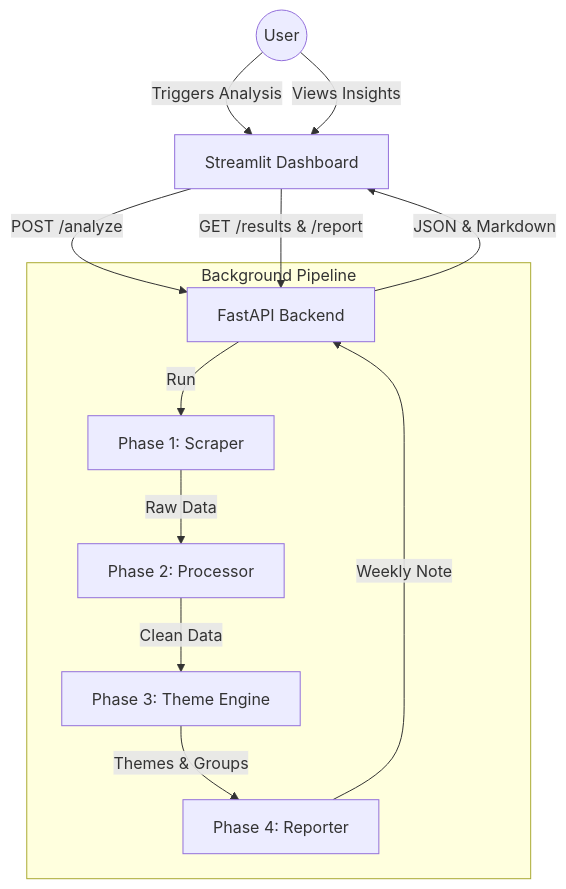
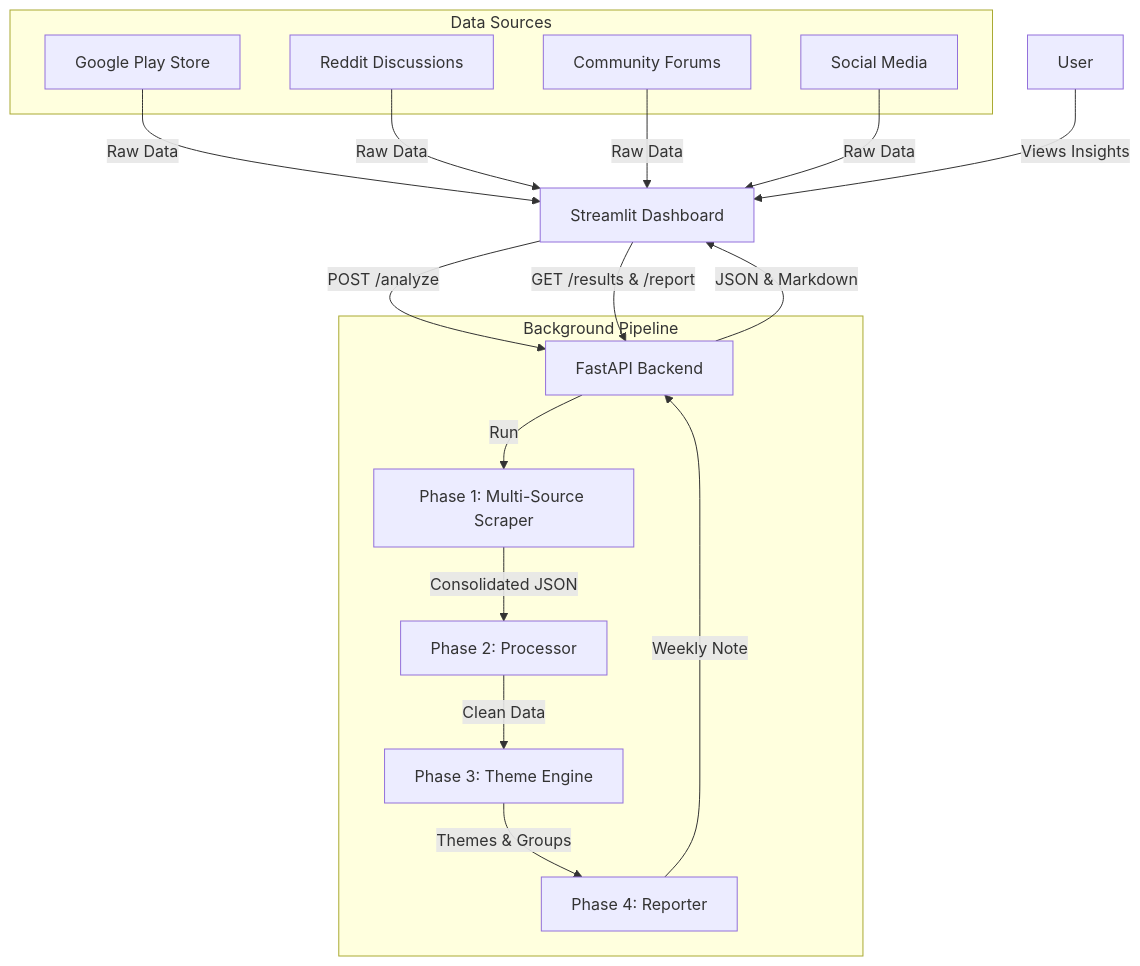
The diagram in architecture.md (vaishnavipasumarthi-spec/Spotify_ReviewAnalyser-), drawn with Mermaid before and after one commit. The commit also changed other lines of this file and 1 other file, not shown here.

Commit message:
Docs: Expanded architecture to include Reddit, Community Forums, and Social Media sources

````diff
--- a/architecture.md
+++ b/architecture.md
@@ -7,18 +7,25 @@
 ```mermaid
 graph TD
-    User((User)) -->|Triggers Analysis| UI[Streamlit Dashboard]
+    subgraph "Data Sources"
+        S1[Google Play Store]
+        S2[Reddit Discussions]
+        S3[Community Forums]
+        S4[Social Media]
+    end
+
+    S1 & S2 & S3 & S4 -->|Raw Data| UI[Streamlit Dashboard]
     UI -->|POST /analyze| API[FastAPI Backend]
     
     subgraph "Background Pipeline"
-        API -->|Run| P1[Phase 1: Scraper]
-        P1 -->|Raw Data| P2[Phase 2: Processor]
+        API -->|Run| P1[Phase 1: Multi-Source Scraper]
+        P1 -->|Consolidated JSON| P2[Phase 2: Processor]
         P2 -->|Clean Data| P3[Phase 3: Theme Engine]
         P3 -->|Themes & Groups| P4[Phase 4: Reporter]
     end
     
     P4 -->|Weekly Note| API
     
     User -->|Views Insights| UI
     UI -->|GET /results & /report| API
     API -->|JSON & Markdown| UI
 ```
````
